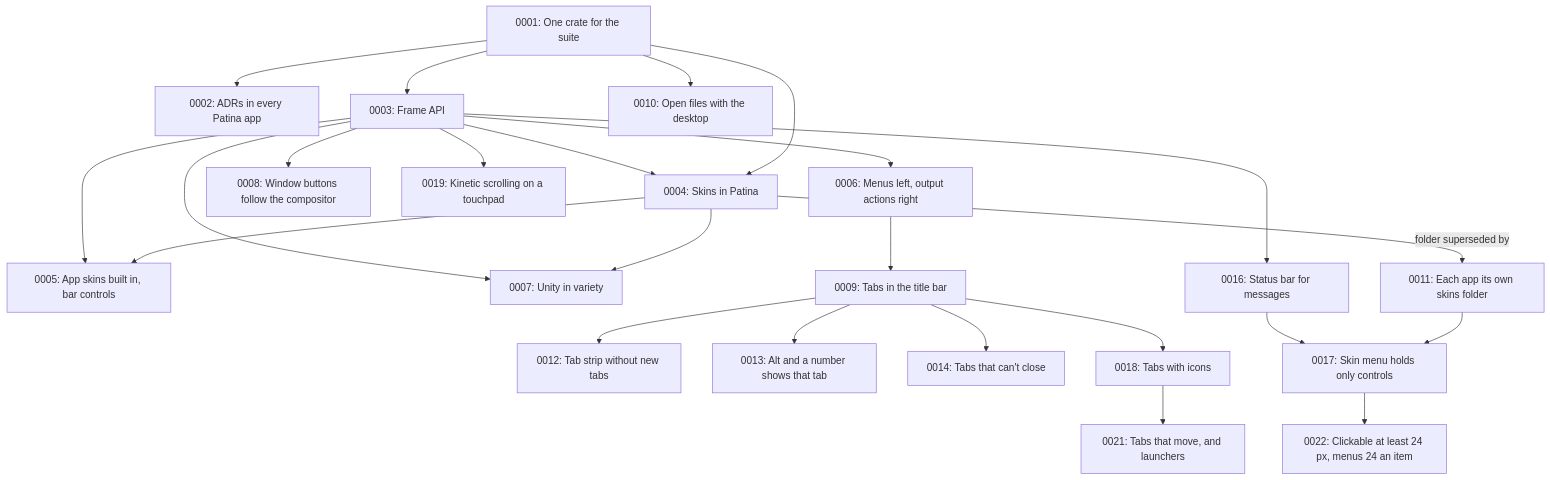
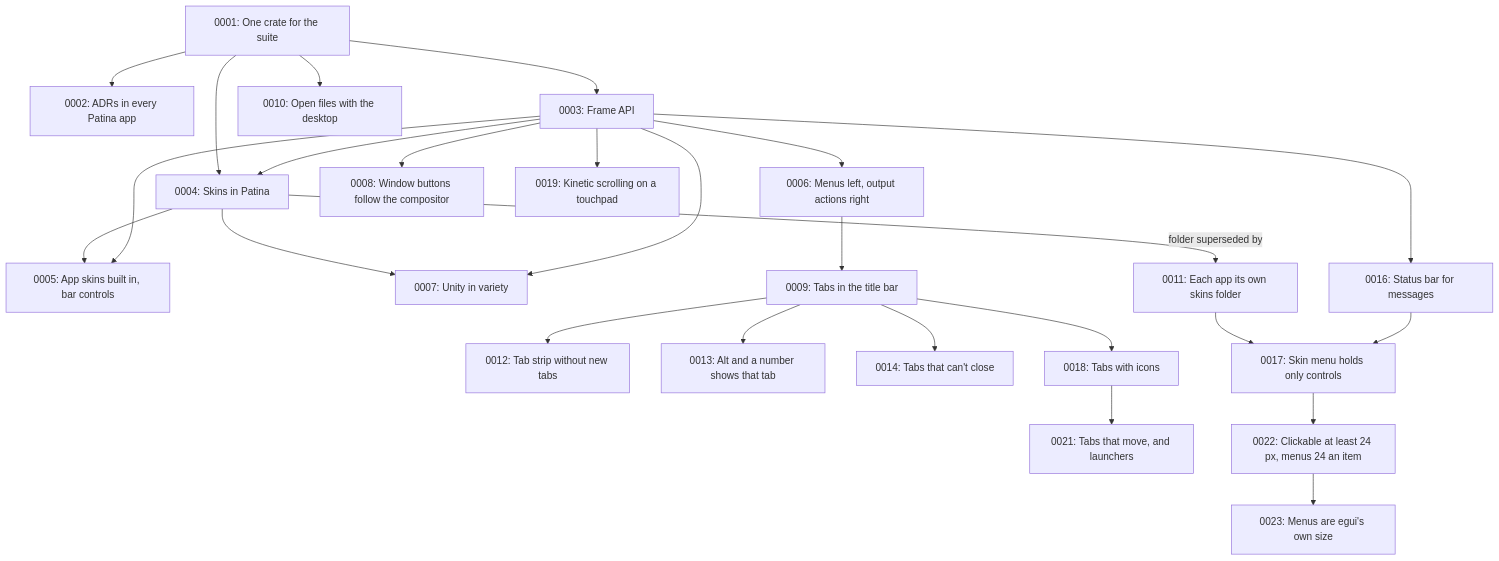
One commit to Sector-F-Labs/patina changed the diagram in docs/adr/README.md. Above: the diagram before and after it, drawn with Mermaid. The commit also changed other lines of this file and 4 other files, not shown here.

First line of the commit message:
Menus are egui's own size, as Teleprinter's (ADR-0023)

````diff
--- a/docs/adr/README.md
+++ b/docs/adr/README.md
@@ -70,26 +71,27 @@
 ```mermaid
 flowchart TD
     A[0001: One crate for the suite] --> B[0002: ADRs in every Patina app]
     A --> C[0003: Frame API]
     A --> D[0004: Skins in Patina]
     C --> D
     D --> E[0005: App skins built in, bar controls]
     C --> F[0006: Menus left, output actions right]
     C --> E
     D --> G[0007: Unity in variety]
     C --> G
     C --> H[0008: Window buttons follow the compositor]
     F --> I[0009: Tabs in the title bar]
     A --> J[0010: Open files with the desktop]
     D -->|folder superseded by| K[0011: Each app its own skins folder]
     I --> L[0012: Tab strip without new tabs]
     I --> M[0013: Alt and a number shows that tab]
     I --> N[0014: Tabs that can't close]
     I --> Q[0018: Tabs with icons]
     Q --> S[0021: Tabs that move, and launchers]
     C --> O[0016: Status bar for messages]
     K --> P[0017: Skin menu holds only controls]
     O --> P
     C --> R[0019: Kinetic scrolling on a touchpad]
     P --> T[0022: Clickable at least 24 px, menus 24 an item]
+    T --> U[0023: Menus are egui's own size]
 ```
````
